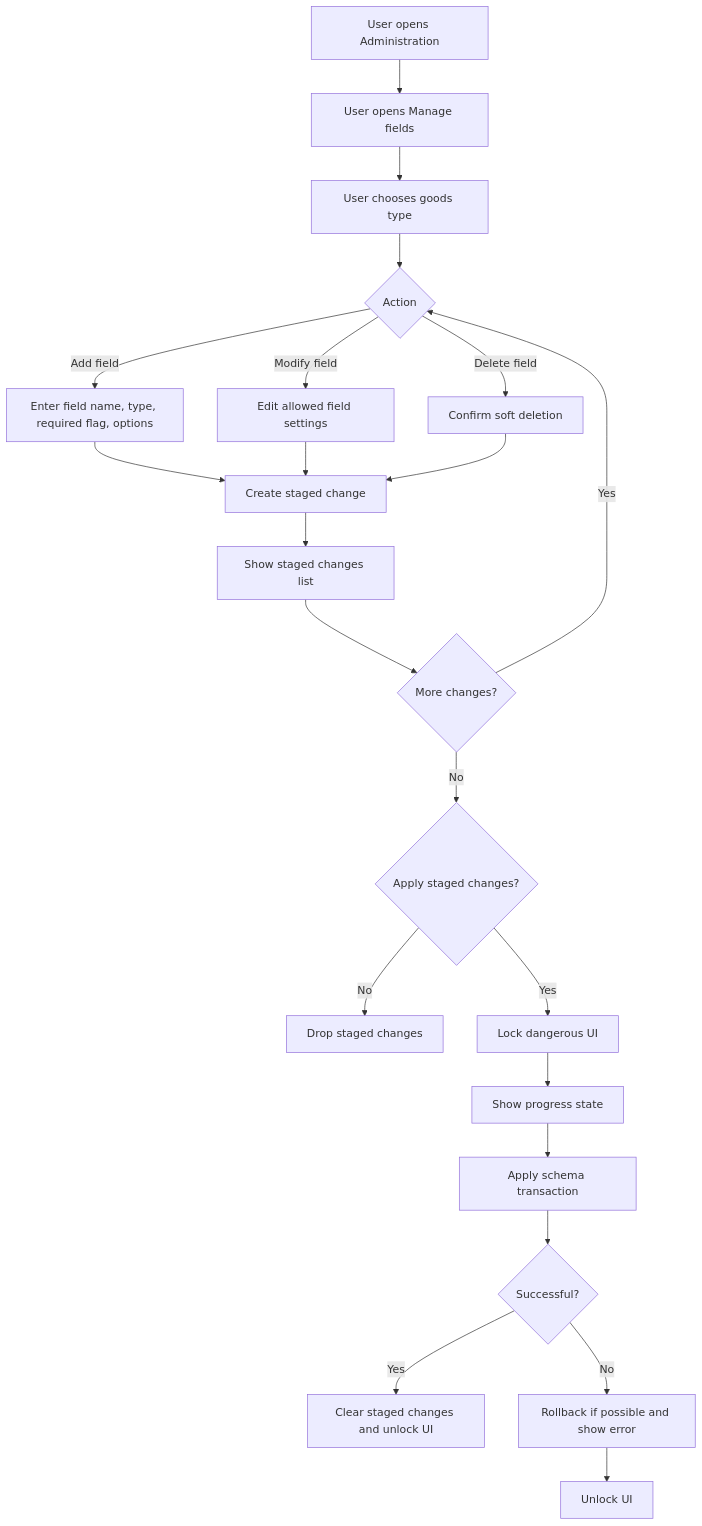
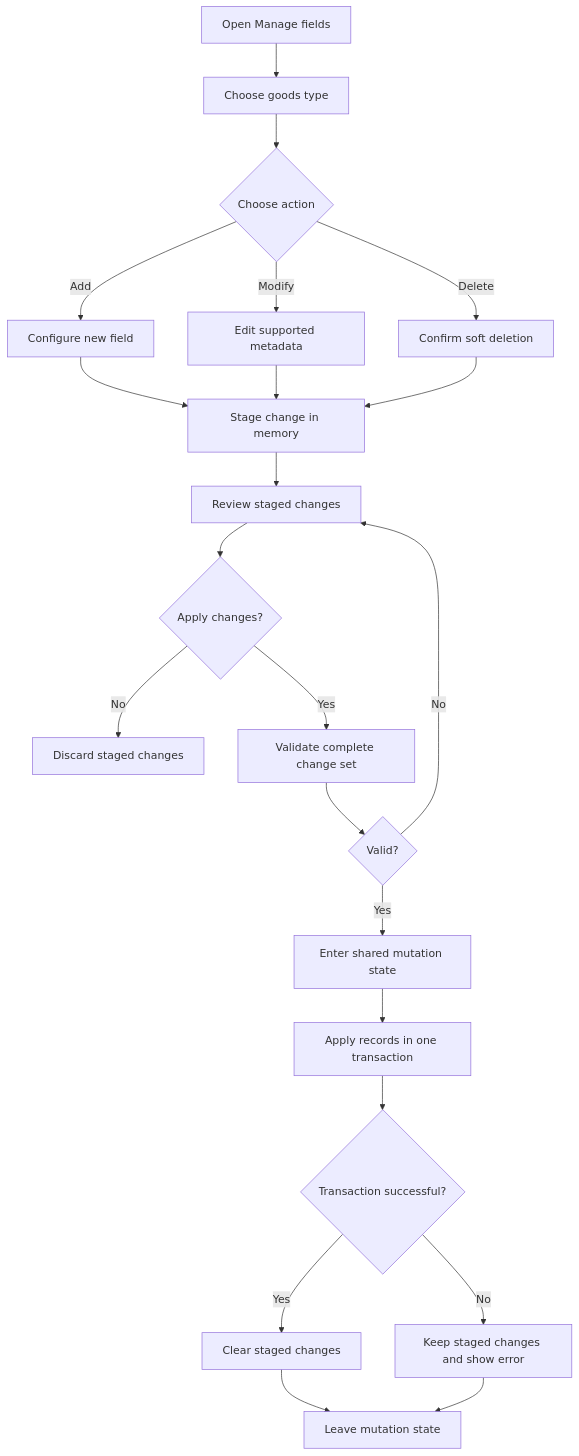
The third of 4 diagrams in docs/data-model.md (Uduru0522/wotagoods-manager), drawn with Mermaid before and after one commit. The commit also changed other lines of this file and 3 other files, not shown here.

````diff
--- a/docs/data-model.md
+++ b/docs/data-model.md
@@ -279,24 +302,24 @@
 ```mermaid
 flowchart TD
-  A[User opens Administration] --> B[User opens Manage fields]
-  B --> C[User chooses goods type]
-  C --> D{Action}
-  D -->|Add field| E[Enter field name, type, required flag, options]
-  D -->|Modify field| F[Edit allowed field settings]
-  D -->|Delete field| G[Confirm soft deletion]
-  E --> H[Create staged change]
-  F --> H
-  G --> H
-  H --> I[Show staged changes list]
-  I --> J{More changes?}
-  J -->|Yes| D
-  J -->|No| K{Apply staged changes?}
-  K -->|No| L[Drop staged changes]
-  K -->|Yes| M[Lock dangerous UI]
-  M --> N[Show progress state]
-  N --> O[Apply schema transaction]
-  O --> P{Successful?}
-  P -->|Yes| Q[Clear staged changes and unlock UI]
-  P -->|No| R[Rollback if possible and show error]
-  R --> S[Unlock UI]
+  A[Open Manage fields] --> B[Choose goods type]
+  B --> C{Choose action}
+  C -->|Add| D[Configure new field]
+  C -->|Modify| E[Edit supported metadata]
+  C -->|Delete| F[Confirm soft deletion]
+  D --> G[Stage change in memory]
+  E --> G
+  F --> G
+  G --> H[Review staged changes]
+  H --> I{Apply changes?}
+  I -->|No| J[Discard staged changes]
+  I -->|Yes| K[Validate complete change set]
+  K --> L{Valid?}
+  L -->|No| H
+  L -->|Yes| M[Enter shared mutation state]
+  M --> N[Apply records in one transaction]
+  N --> O{Transaction successful?}
+  O -->|Yes| P[Clear staged changes]
+  O -->|No| Q[Keep staged changes and show error]
+  P --> R[Leave mutation state]
+  Q --> R
 ```
````
